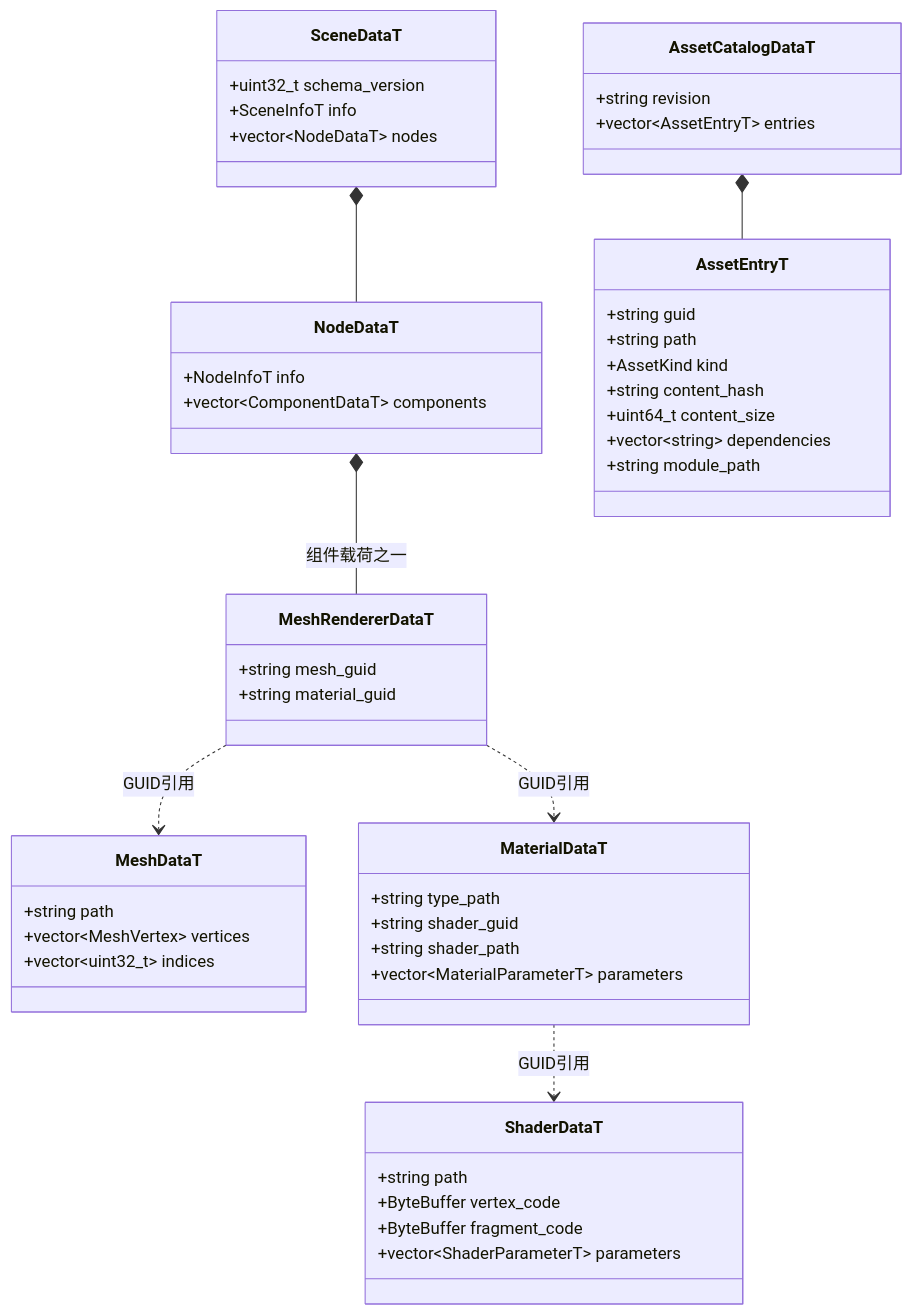
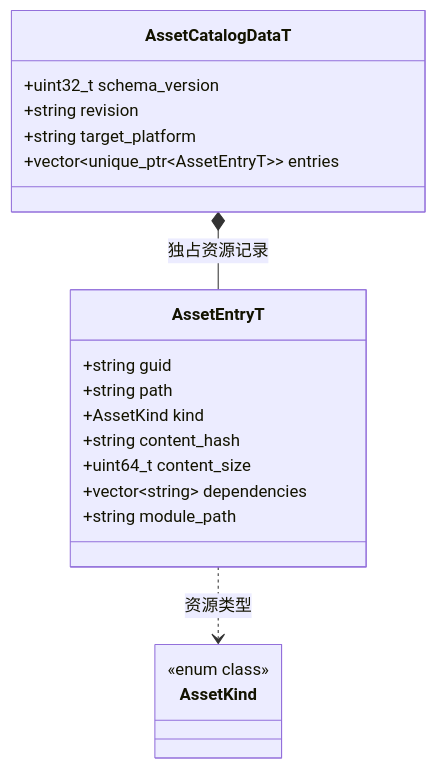
The fifth of 5 diagrams in docs/runtime/class-diagrams/scene-data.md (lcals/Engine), drawn with Mermaid before and after one commit. The commit also changed other lines of this file and 143 other files, not shown here.

````diff
--- a/docs/runtime/class-diagrams/scene-data.md
+++ b/docs/runtime/class-diagrams/scene-data.md
@@ -7,52 +118,23 @@
 ```mermaid
 classDiagram
-    class SceneDataT {
+    class AssetCatalogDataT {
         +uint32_t schema_version
-        +SceneInfoT info
-        +vector~NodeDataT~ nodes
-    }
-    class NodeDataT {
-        +NodeInfoT info
-        +vector~ComponentDataT~ components
-    }
-    class MeshRendererDataT {
-        +string mesh_guid
-        +string material_guid
-    }
-    class MeshDataT {
-        +string path
-        +vector~MeshVertex~ vertices
-        +vector~uint32_t~ indices
-    }
-    class MaterialDataT {
-        +string type_path
-        +string shader_guid
-        +string shader_path
-        +vector~MaterialParameterT~ parameters
-    }
-    class ShaderDataT {
-        +string path
-        +ByteBuffer vertex_code
-        +ByteBuffer fragment_code
-        +vector~ShaderParameterT~ parameters
-    }
-    class AssetCatalogDataT {
         +string revision
-        +vector~AssetEntryT~ entries
+        +string target_platform
+        +vector~unique_ptr~AssetEntryT~~ entries
     }
     class AssetEntryT {
         +string guid
         +string path
         +AssetKind kind
         +string content_hash
         +uint64_t content_size
         +vector~string~ dependencies
         +string module_path
     }
-    SceneDataT *-- NodeDataT
-    NodeDataT *-- MeshRendererDataT : 组件载荷之一
-    MeshRendererDataT ..> MeshDataT : GUID引用
-    MeshRendererDataT ..> MaterialDataT : GUID引用
-    MaterialDataT ..> ShaderDataT : GUID引用
-    AssetCatalogDataT *-- AssetEntryT
+    class AssetKind {
+        <<enum class>>
+    }
+    AssetCatalogDataT *-- AssetEntryT : 独占资源记录
+    AssetEntryT ..> AssetKind : 资源类型
 ```
````
